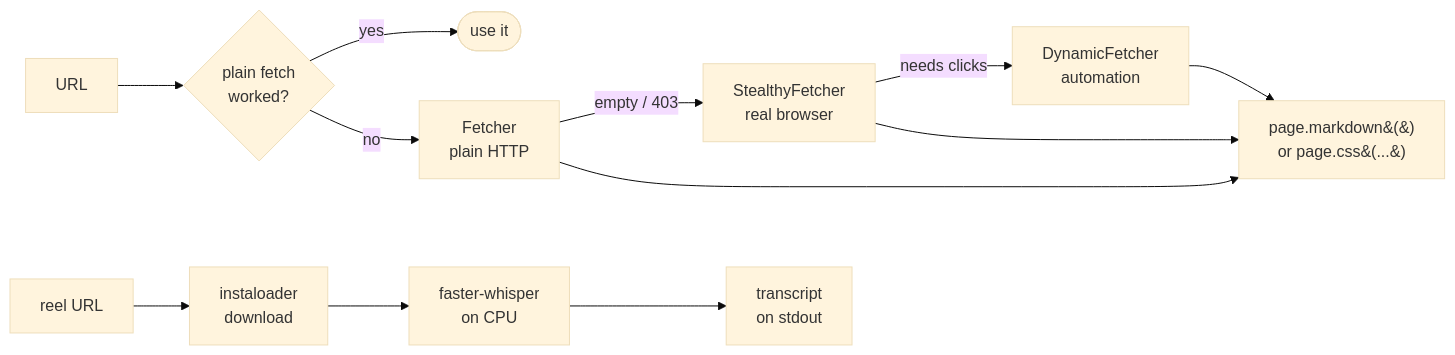
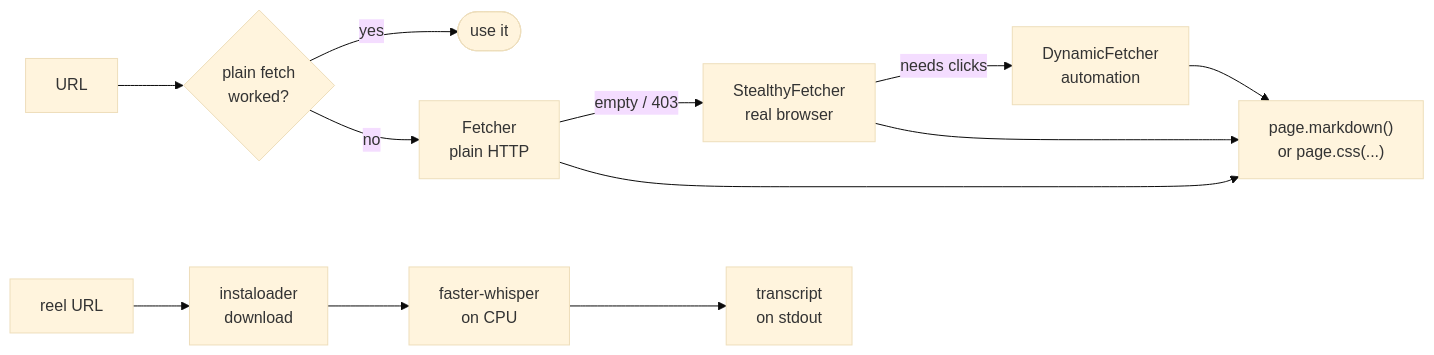
The diagram in README.md (Arman-no/web-scraping-toolkit), drawn with Mermaid (base theme) before and after one commit.

Commit message:
Fix README mermaid parse error: quote the node label with parentheses

````diff
--- a/README.md
+++ b/README.md
@@ -61,12 +61,12 @@
 ```mermaid
 flowchart LR
     A[URL] --> B{plain fetch<br/>worked?}
     B -- yes --> Z([use it])
     B -- no --> C[Fetcher<br/>plain HTTP]
     C -- empty / 403 --> D[StealthyFetcher<br/>real browser]
     D -- needs clicks --> E[DynamicFetcher<br/>automation]
-    C --> M[page.markdown&#40;&#41;<br/>or page.css&#40;...&#41;]
+    C --> M["page.markdown()<br/>or page.css(...)"]
     D --> M
     E --> M
     R[reel URL] --> I[instaloader<br/>download] --> W[faster-whisper<br/>on CPU] --> T[transcript<br/>on stdout]
 ```
````
